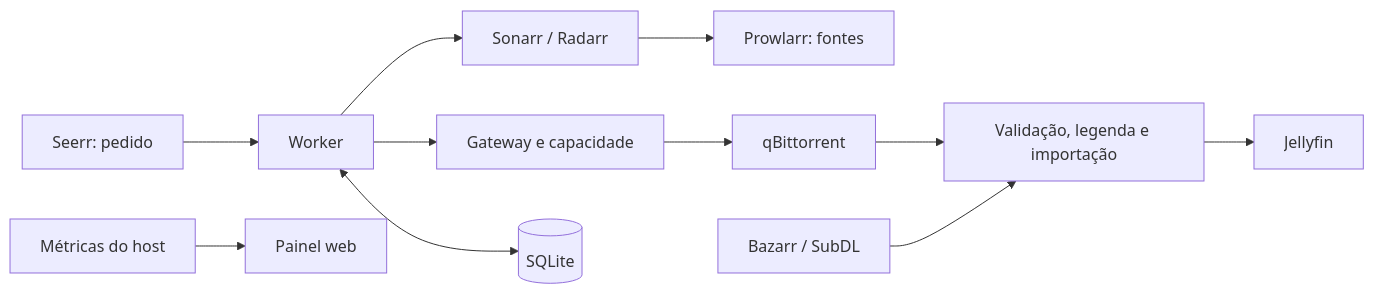
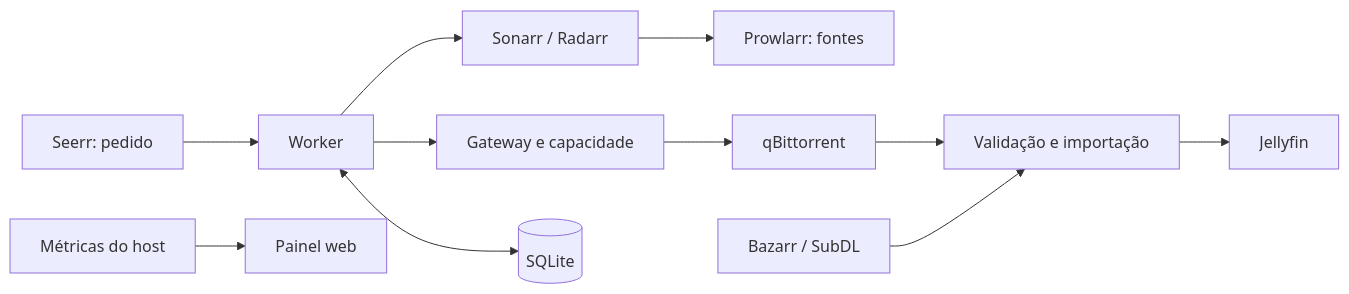
Before and after one commit to reisguilherme/homelab-mediaserver: the diagram in docs/architecture.md, drawn with Mermaid. The commit also changed other lines of this file and 338 other files, not shown here.

````diff
--- a/docs/architecture.md
+++ b/docs/architecture.md
@@ -7,13 +7,13 @@
 ```mermaid
 flowchart LR
   S[Seerr: pedido] --> W[Worker]
   W --> A[Sonarr / Radarr]
   A --> P[Prowlarr: fontes]
   W --> G[Gateway e capacidade]
   G --> Q[qBittorrent]
-  Q --> V[Validação, legenda e importação]
+  Q --> V[Validação e importação]
   B[Bazarr / SubDL] --> V
   V --> J[Jellyfin]
   W <--> D[(SQLite)]
   H[Métricas do host] --> M[Painel web]
 ```
````
